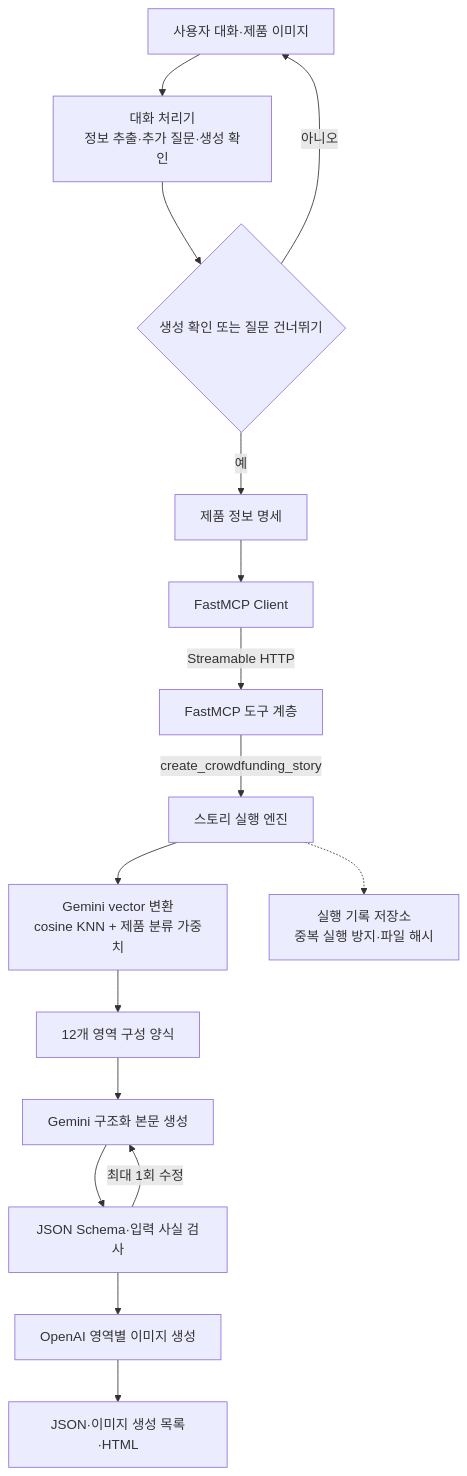
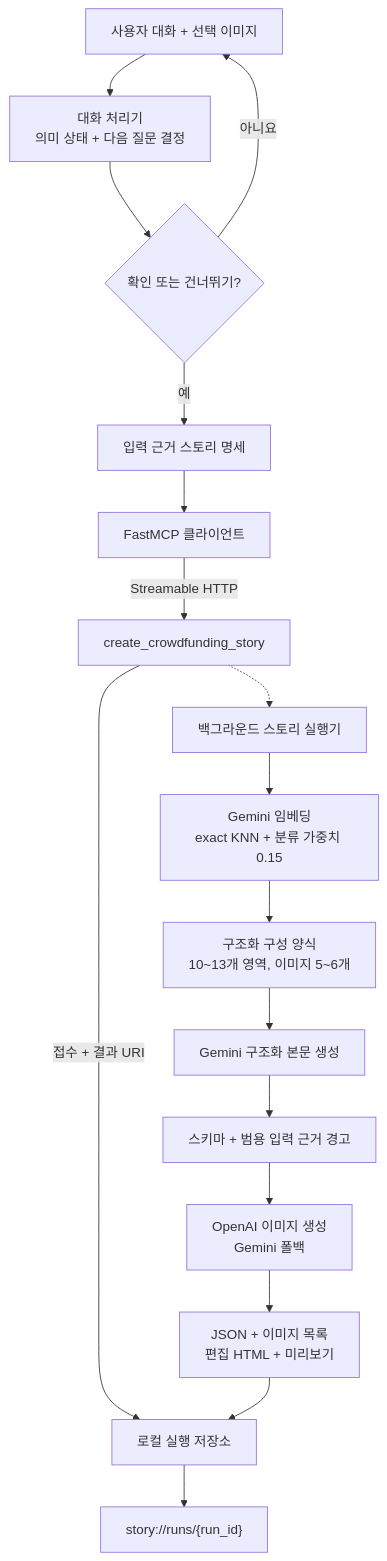
The diagram in i18n/README-KR.md (KT-Cloud-Tech-Up-team6/funding-story-ai), drawn with Mermaid before and after one commit. The commit also changed other lines of this file and 56 other files, not shown here.

````diff
--- a/i18n/README-KR.md
+++ b/i18n/README-KR.md
@@ -211,21 +167,21 @@
 ```mermaid
 flowchart TB
-    U["사용자 대화·제품 이미지"] --> A["대화 처리기<br/>정보 추출·추가 질문·생성 확인"]
-    A --> Q{"생성 확인 또는 질문 건너뛰기"}
-    Q -->|"아니오"| U
-    Q -->|"예"| D["제품 정보 명세"]
+    U["사용자 대화 + 선택 이미지"] --> W["대화 처리기<br/>의미 상태 + 다음 질문 결정"]
+    W --> Q{"확인 또는 건너뛰기?"}
+    Q -->|아니요| U
+    Q -->|예| B["입력 근거 스토리 명세"]
 
-    D --> C["FastMCP Client"]
-    C -->|"Streamable HTTP"| M["FastMCP 도구 계층"]
-    M -->|"create_crowdfunding_story"| E["스토리 실행 엔진"]
+    B --> C["FastMCP 클라이언트"]
+    C -->|"Streamable HTTP"| M["create_crowdfunding_story"]
+    M -->|"접수 + 결과 URI"| S["로컬 실행 저장소"]
+    M -.-> E["백그라운드 스토리 실행기"]
 
-    E --> K["Gemini vector 변환<br/>cosine KNN + 제품 분류 가중치"]
-    K --> T["12개 영역 구성 양식"]
+    E --> K["Gemini 임베딩<br/>exact KNN + 분류 가중치 0.15"]
+    K --> T["구조화 구성 양식<br/>10~13개 영역, 이미지 5~6개"]
     T --> G["Gemini 구조화 본문 생성"]
-    G --> V["JSON Schema·입력 사실 검사"]
-    V -->|"최대 1회 수정"| G
-    V --> I["OpenAI 영역별 이미지 생성"]
-    I --> R["JSON·이미지 생성 목록·HTML"]
-
-    E -.-> L["실행 기록 저장소<br/>중복 실행 방지·파일 해시"]
+    G --> V["스키마 + 범용 입력 근거 경고"]
+    V --> I["OpenAI 이미지 생성<br/>Gemini 폴백"]
+    I --> H["JSON + 이미지 목록<br/>편집 HTML + 미리보기"]
+    H --> S
+    S --> R["story://runs/{run_id}"]
 ```
````
